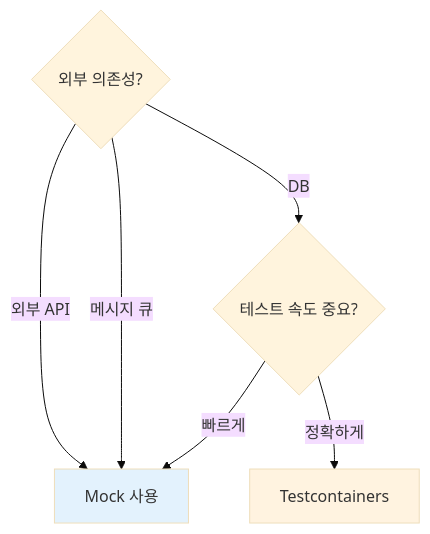
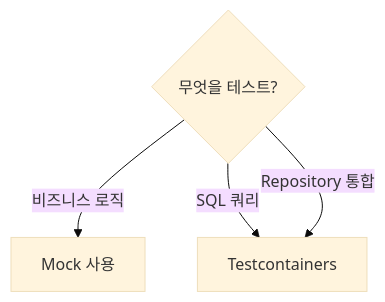
The second of 4 diagrams in src/content/backend/go/enterprise-go-7-testing.md (KimSeogyu/KimSeogyu.github.io), drawn with Mermaid (base theme) before and after one commit. The commit also changed other lines of this file and 7 other files, not shown here.

````diff
--- a/src/content/backend/go/enterprise-go-7-testing.md
+++ b/src/content/backend/go/enterprise-go-7-testing.md
@@ -82,13 +66,7 @@
 ```mermaid
 graph TD
-    Q{외부 의존성?}
-    Q -->|DB| OPT1{테스트 속도 중요?}
-    Q -->|외부 API| MOCK[Mock 사용]
-    Q -->|메시지 큐| MOCK
-    
-    OPT1 -->|빠르게| MOCK
-    OPT1 -->|정확하게| CONTAINER[Testcontainers]
-    
-    style MOCK fill:#e3f2fd
-    style CONTAINER fill:#fff3e0
+    Q{무엇을 테스트?}
+    Q -->|비즈니스 로직| MOCK[Mock 사용]
+    Q -->|SQL 쿼리| CONTAINER[Testcontainers]
+    Q -->|Repository 통합| CONTAINER
 ```
````
